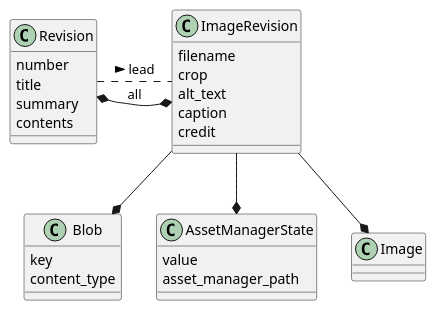
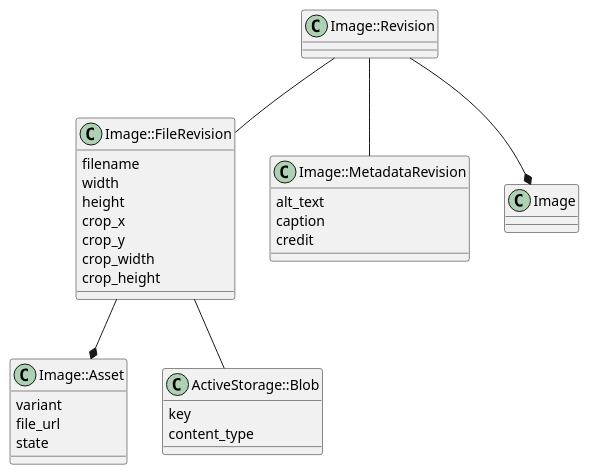
Before and after one commit to alphagov/content-publisher: the diagram in docs/adr/000x/image-revision-diagram.plantuml, drawn with PlantUML. The commit also changed 14 other files, not shown here.

```diff
--- a/docs/adr/000x/image-revision-diagram.plantuml
+++ b/docs/adr/000x/image-revision-diagram.plantuml
@@ -1,32 +1,37 @@
 @startuml
-class Revision {
-  number
-  title
-  summary
-  contents
+class Image::Revision {
 }
 
-class ImageRevision {
+class Image::FileRevision {
   filename
-  crop
+  width
+  height
+  crop_x
+  crop_y
+  crop_width
+  crop_height
+}
+
+class Image::MetadataRevision {
   alt_text
   caption
   credit
 }
 
-class Blob {
+class Image::Asset {
+  variant
+  file_url
+  state
+}
+
+class ActiveStorage::Blob {
   key
   content_type
 }
 
-class AssetManagerState {
-  value
-  asset_manager_path
-}
-
-Revision *-* ImageRevision: all
-Revision .. ImageRevision: lead >
-ImageRevision --* Image
-ImageRevision --* AssetManagerState
-ImageRevision --* Blob
+Image::Revision --* Image
+Image::Revision -- Image::FileRevision
+Image::Revision -- Image::MetadataRevision
+Image::FileRevision --* Image::Asset
+Image::FileRevision -- ActiveStorage::Blob
 @enduml
```
